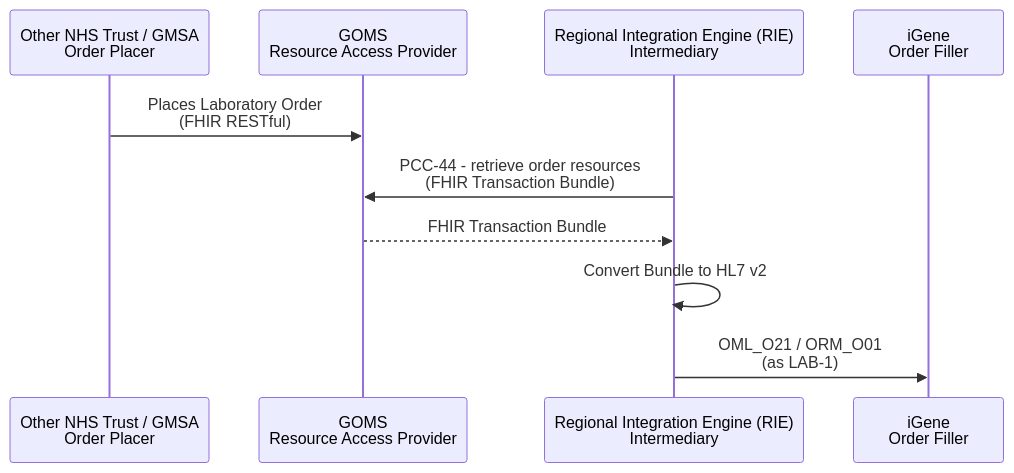
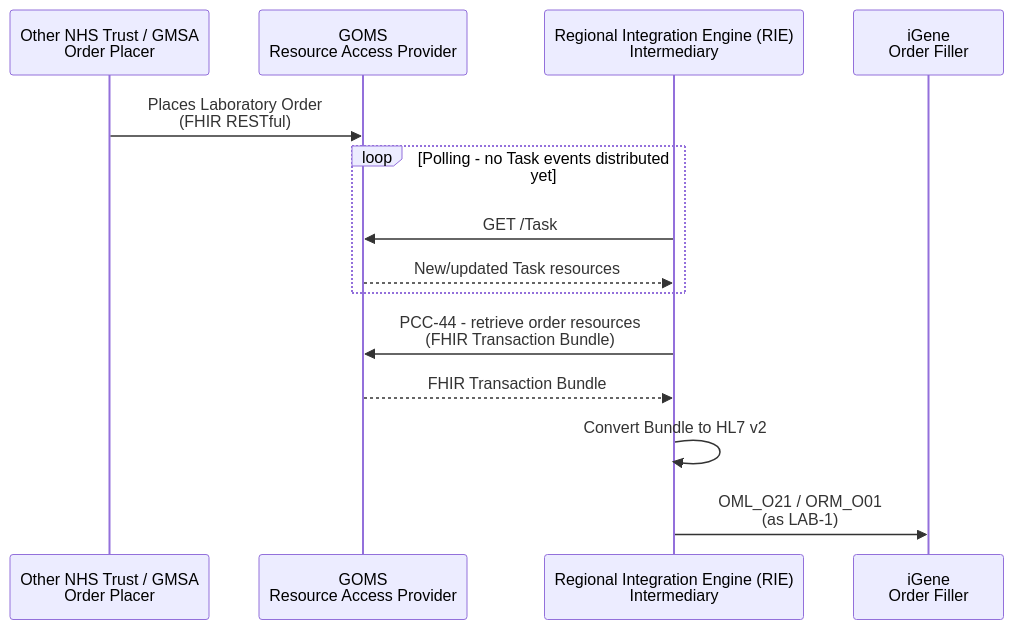
One commit to nw-gmsa/nw-gmsa.github.com changed the first of 2 diagrams in input/pagecontent/GenomicOrderManagementService.md. Above: the diagram before and after it, drawn with Mermaid. The commit also changed other lines of this file, not shown here.

First line of the commit message:
Describe FHIR Task-based workflow coordination and polling in GOMS

````diff
--- a/input/pagecontent/GenomicOrderManagementService.md
+++ b/input/pagecontent/GenomicOrderManagementService.md
@@ -52,13 +59,17 @@
 ```mermaid
 sequenceDiagram
     participant OP as Other NHS Trust / GMSA<br/>Order Placer
     participant GOMS as GOMS<br/>Resource Access Provider
     participant RIE as Regional Integration Engine (RIE)<br/>Intermediary
     participant iGene as iGene<br/>Order Filler
 
     OP ->> GOMS: Places Laboratory Order<br/>(FHIR RESTful)
+    loop Polling - no Task events distributed yet
+        RIE ->> GOMS: GET /Task
+        GOMS -->> RIE: New/updated Task resources
+    end
     RIE ->> GOMS: PCC-44 - retrieve order resources<br/>(FHIR Transaction Bundle)
     GOMS -->> RIE: FHIR Transaction Bundle
     RIE ->> RIE: Convert Bundle to HL7 v2
     RIE ->> iGene: OML_O21 / ORM_O01<br/>(as LAB-1)
 ```
````
